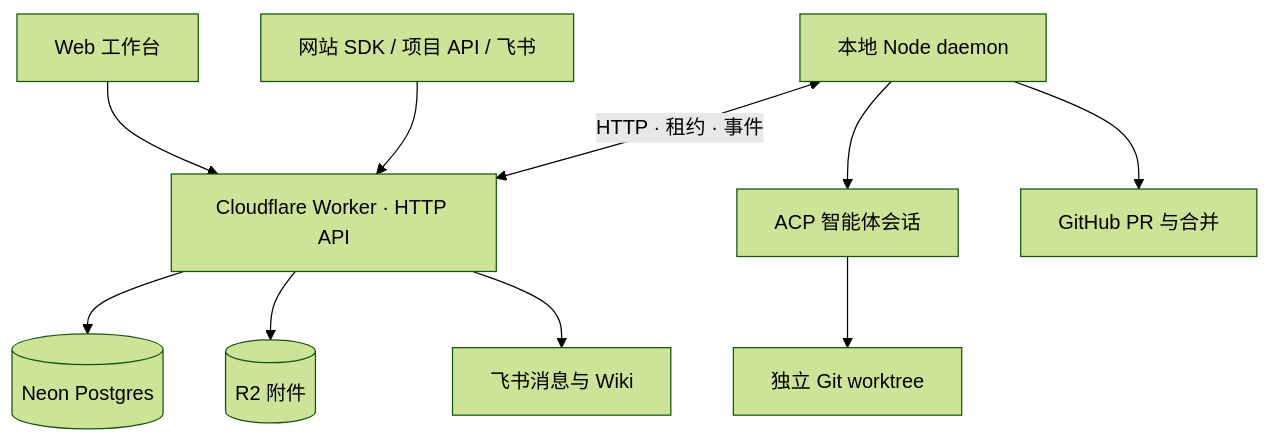
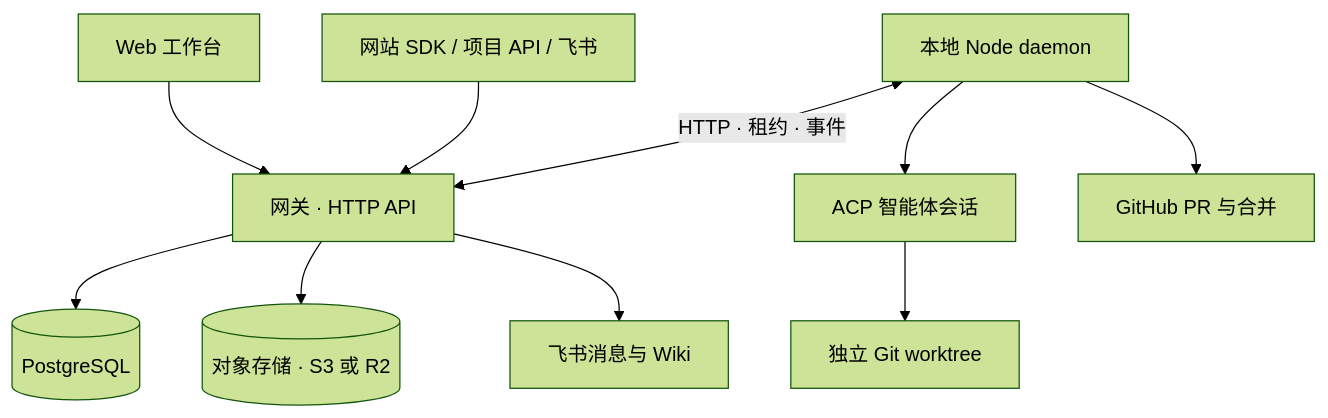
Before and after one commit to i1mT/loop: the diagram in docs/architecture.md, drawn with Mermaid (forest theme). The commit also changed other lines of this file and 36 other files, not shown here.

First line of the commit message:
feat: 支持 Node + PostgreSQL + S3 自托管部署

````diff
--- a/docs/architecture.md
+++ b/docs/architecture.md
@@ -5,12 +5,12 @@
 ```mermaid
 flowchart TB
-  UI[Web 工作台] --> Gateway[Cloudflare Worker · HTTP API]
+  UI[Web 工作台] --> Gateway[网关 · HTTP API]
   SDK[网站 SDK / 项目 API / 飞书] --> Gateway
-  Gateway --> PG[(Neon Postgres)]
-  Gateway --> R2[(R2 附件)]
+  Gateway --> PG[(PostgreSQL)]
+  Gateway --> R2[(对象存储 · S3 或 R2)]
   Gateway --> Lark[飞书消息与 Wiki]
   Daemon[本地 Node daemon] <-->|HTTP · 租约 · 事件| Gateway
   Daemon --> ACP[ACP 智能体会话]
   ACP --> WT[独立 Git worktree]
   Daemon --> GH[GitHub PR 与合并]
 ```
````
